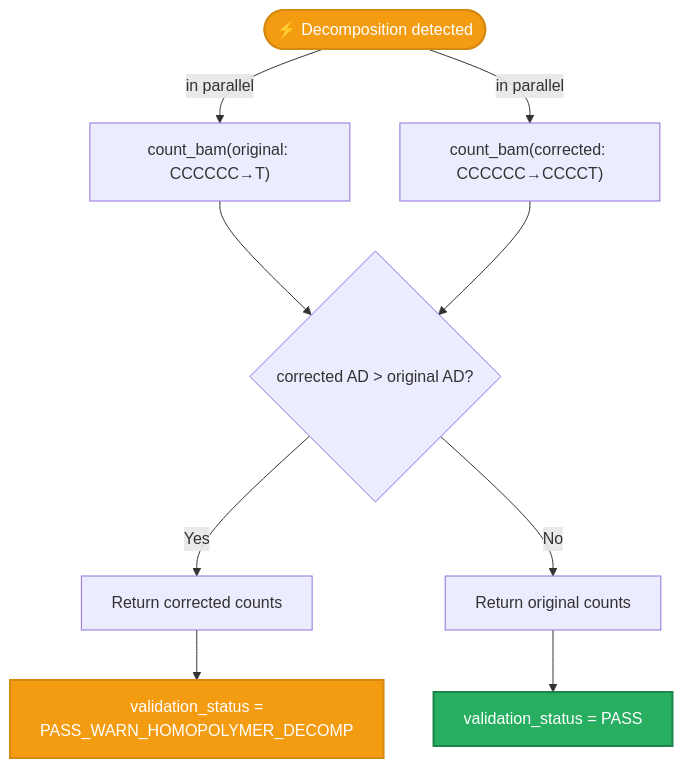
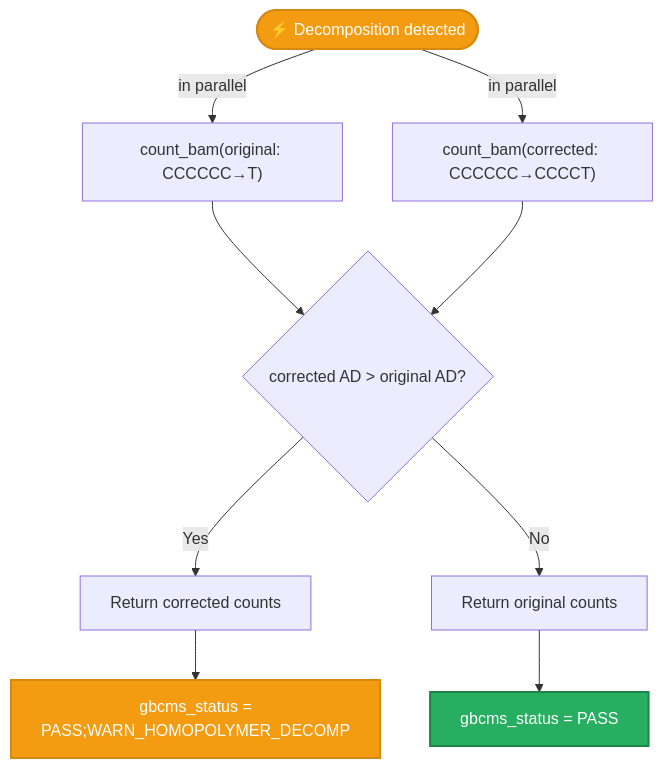
The fifth of 5 diagrams in docs/reference/variant-normalization.md (msk-access/gbcms), drawn with Mermaid before and after one commit. The commit also changed other lines of this file and 7 other files, not shown here.

````diff
--- a/docs/reference/variant-normalization.md
+++ b/docs/reference/variant-normalization.md
@@ -216,19 +216,19 @@
 ```mermaid
 flowchart TD
     Input(["⚡ Decomposition detected"]):::warn
     Input -->|"in parallel"| CountOrig
     Input -->|"in parallel"| CountDecomp
 
     CountOrig["count_bam(original: CCCCCC→T)"]
     CountDecomp["count_bam(corrected: CCCCCC→CCCCT)"]
 
     CountOrig --> Compare
     CountDecomp --> Compare
     Compare{"corrected AD > original AD?"}
 
-    Compare -->|"Yes"| UseDecomp["Return corrected counts"] --> FlagWarn["validation_status =\nPASS_WARN_HOMOPOLYMER_DECOMP"]:::warn
-    Compare -->|"No"| UseOrig["Return original counts"] --> FlagPass["validation_status = PASS"]:::pass
+    Compare -->|"Yes"| UseDecomp["Return corrected counts"] --> FlagWarn["gbcms_status =\nPASS;WARN_HOMOPOLYMER_DECOMP"]:::warn
+    Compare -->|"No"| UseOrig["Return original counts"] --> FlagPass["gbcms_status = PASS"]:::pass
 
     classDef warn fill:#f39c12,color:#fff,stroke:#d68910,stroke-width:2px;
     classDef pass fill:#27ae60,color:#fff,stroke:#1e8449,stroke-width:2px;
 ```
````
